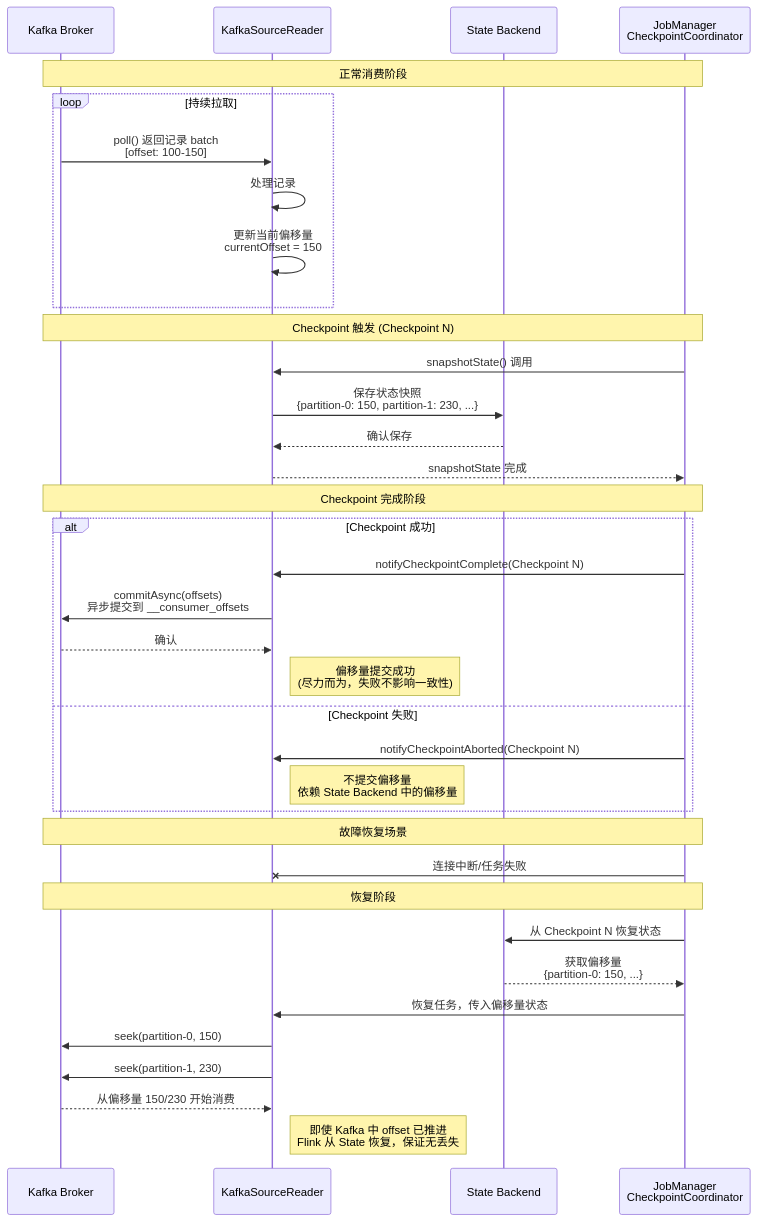
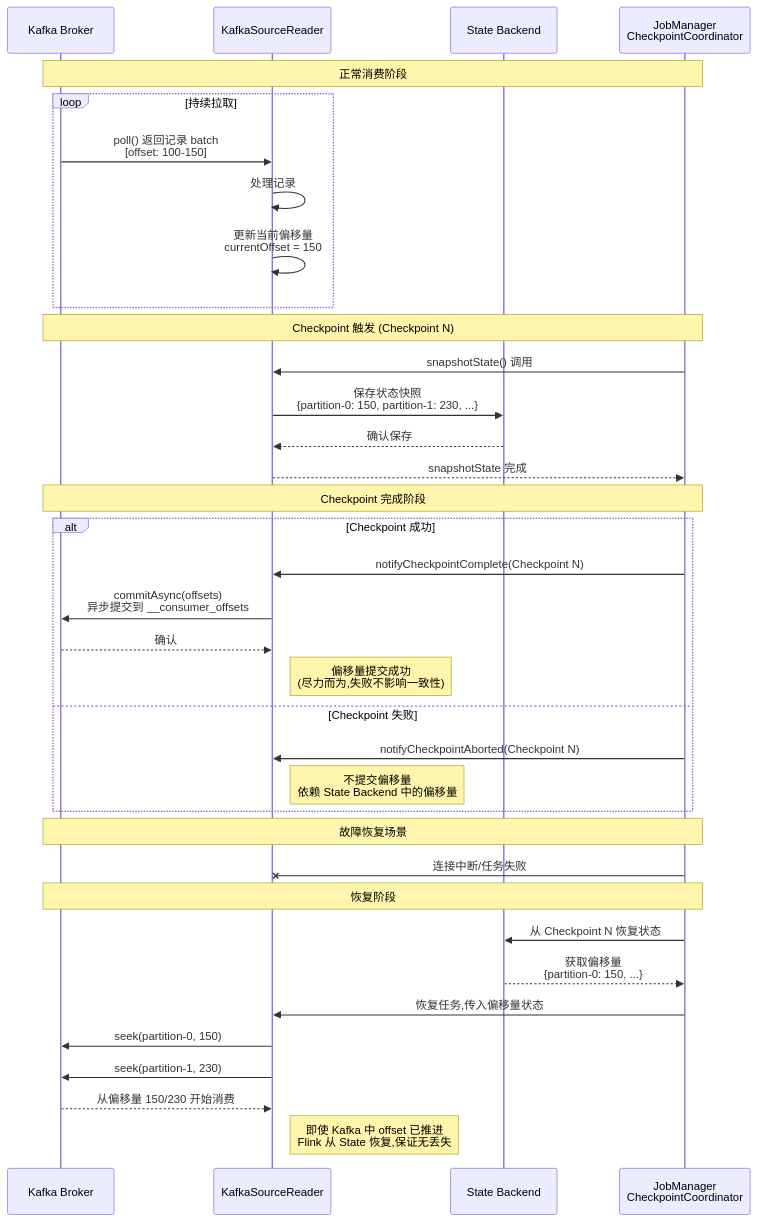
The second of 4 diagrams in Flink/05-ecosystem/05.01-connectors/kafka-integration-patterns.md (AdaMartin18010/AnalysisDataFlow), drawn with Mermaid before and after one commit. The commit also changed other lines of this file and 634 other files, not shown here.

````diff
--- a/Flink/05-ecosystem/05.01-connectors/kafka-integration-patterns.md
+++ b/Flink/05-ecosystem/05.01-connectors/kafka-integration-patterns.md
@@ -520,43 +520,43 @@
 ```mermaid
 sequenceDiagram
     participant Kafka as Kafka Broker
     participant Source as KafkaSourceReader
     participant State as State Backend
     participant JM as JobManager<br/>CheckpointCoordinator
 
     Note over Kafka,JM: 正常消费阶段
     loop 持续拉取
         Kafka->>Source: poll() 返回记录 batch<br/>[offset: 100-150]
         Source->>Source: 处理记录
         Source->>Source: 更新当前偏移量<br/>currentOffset = 150
     end
 
     Note over Kafka,JM: Checkpoint 触发 (Checkpoint N)
     JM->>Source: snapshotState() 调用
     Source->>State: 保存状态快照<br/>{partition-0: 150, partition-1: 230, ...}
     State-->>Source: 确认保存
     Source-->>JM: snapshotState 完成
 
     Note over Kafka,JM: Checkpoint 完成阶段
     alt Checkpoint 成功
         JM->>Source: notifyCheckpointComplete(Checkpoint N)
         Source->>Kafka: commitAsync(offsets)<br/>异步提交到 __consumer_offsets
         Kafka-->>Source: 确认
-        Note right of Source: 偏移量提交成功<br/>(尽力而为，失败不影响一致性)
+        Note right of Source: 偏移量提交成功<br/>(尽力而为,失败不影响一致性)
     else Checkpoint 失败
         JM->>Source: notifyCheckpointAborted(Checkpoint N)
         Note right of Source: 不提交偏移量<br/>依赖 State Backend 中的偏移量
     end
 
     Note over Kafka,JM: 故障恢复场景
     JM-xSource: 连接中断/任务失败
 
     Note over Kafka,JM: 恢复阶段
     JM->>State: 从 Checkpoint N 恢复状态
     State-->>JM: 获取偏移量<br/>{partition-0: 150, ...}
-    JM->>Source: 恢复任务，传入偏移量状态
+    JM->>Source: 恢复任务,传入偏移量状态
     Source->>Kafka: seek(partition-0, 150)
     Source->>Kafka: seek(partition-1, 230)
     Kafka-->>Source: 从偏移量 150/230 开始消费
-    Note right of Source: 即使 Kafka 中 offset 已推进<br/>Flink 从 State 恢复，保证无丢失
+    Note right of Source: 即使 Kafka 中 offset 已推进<br/>Flink 从 State 恢复,保证无丢失
 ```
````
